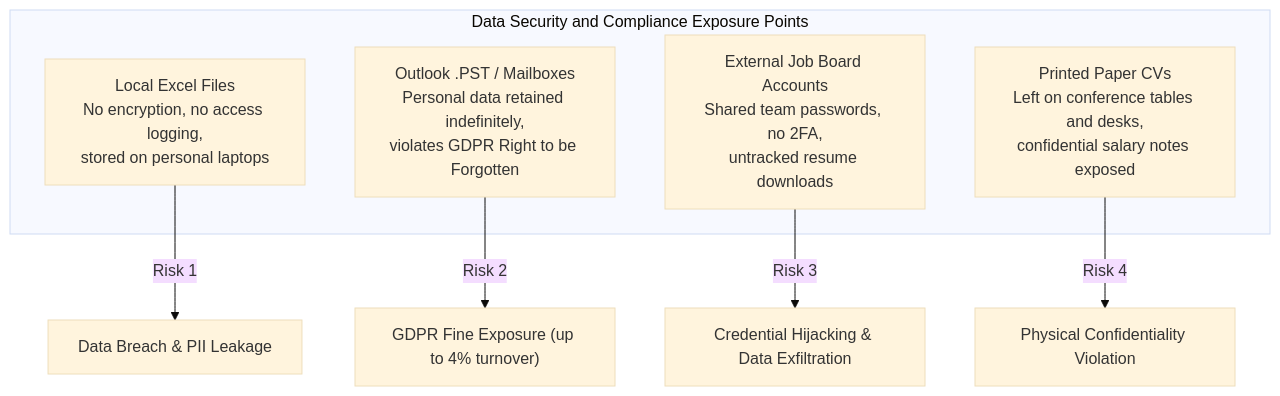
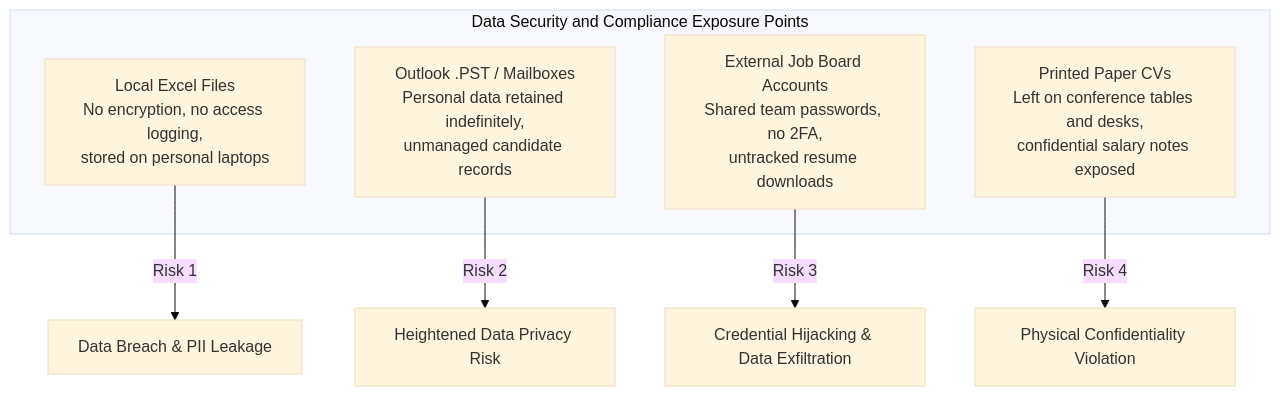
The fifth of 5 diagrams in docs/02-as-is-analysis.md (namrathach10/recruitment-ats-business-analysis), drawn with Mermaid (base theme) before and after one commit. The commit also changed other lines of this file and 10 other files, not shown here.

````diff
--- a/docs/02-as-is-analysis.md
+++ b/docs/02-as-is-analysis.md
@@ -207,14 +207,14 @@
 ```mermaid
 flowchart TD
     subgraph Data Security and Compliance Exposure Points
         EX["Local Excel Files<br/>No encryption, no access logging,<br/>stored on personal laptops"]
-        PST["Outlook .PST / Mailboxes<br/>Personal data retained indefinitely,<br/>violates GDPR Right to be Forgotten"]
+        PST["Outlook .PST / Mailboxes<br/>Personal data retained indefinitely,<br/>unmanaged candidate records"]
         JBS["External Job Board Accounts<br/>Shared team passwords, no 2FA,<br/>untracked resume downloads"]
         PRN["Printed Paper CVs<br/>Left on conference tables and desks,<br/>confidential salary notes exposed"]
     end
 
     EX -->|Risk 1| R1["Data Breach & PII Leakage"]
-    PST -->|Risk 2| R2["GDPR Fine Exposure (up to 4% turnover)"]
+    PST -->|Risk 2| R2["Heightened Data Privacy Risk"]
     JBS -->|Risk 3| R3["Credential Hijacking & Data Exfiltration"]
     PRN -->|Risk 4| R4["Physical Confidentiality Violation"]
 ```
````
